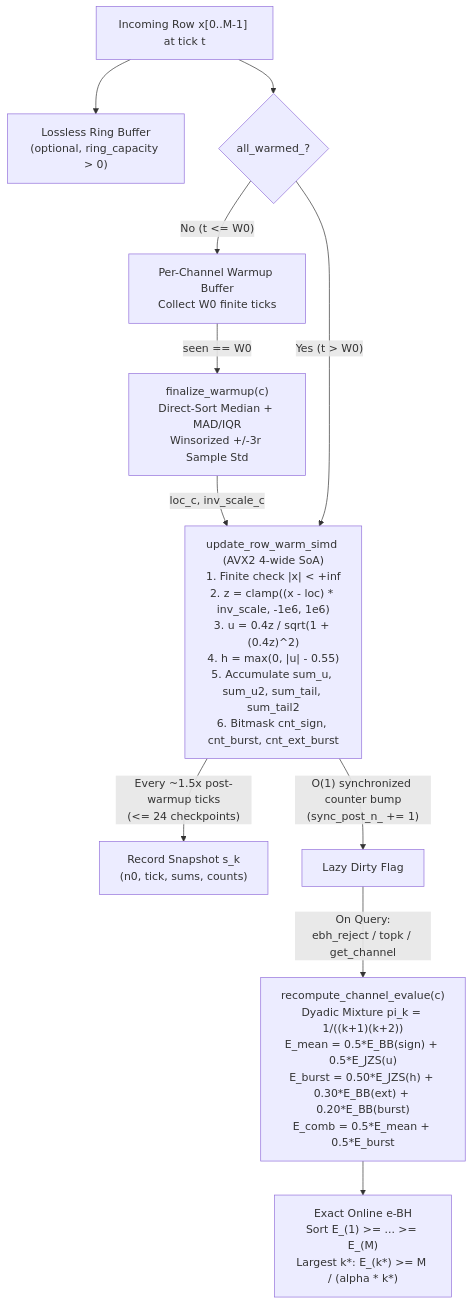
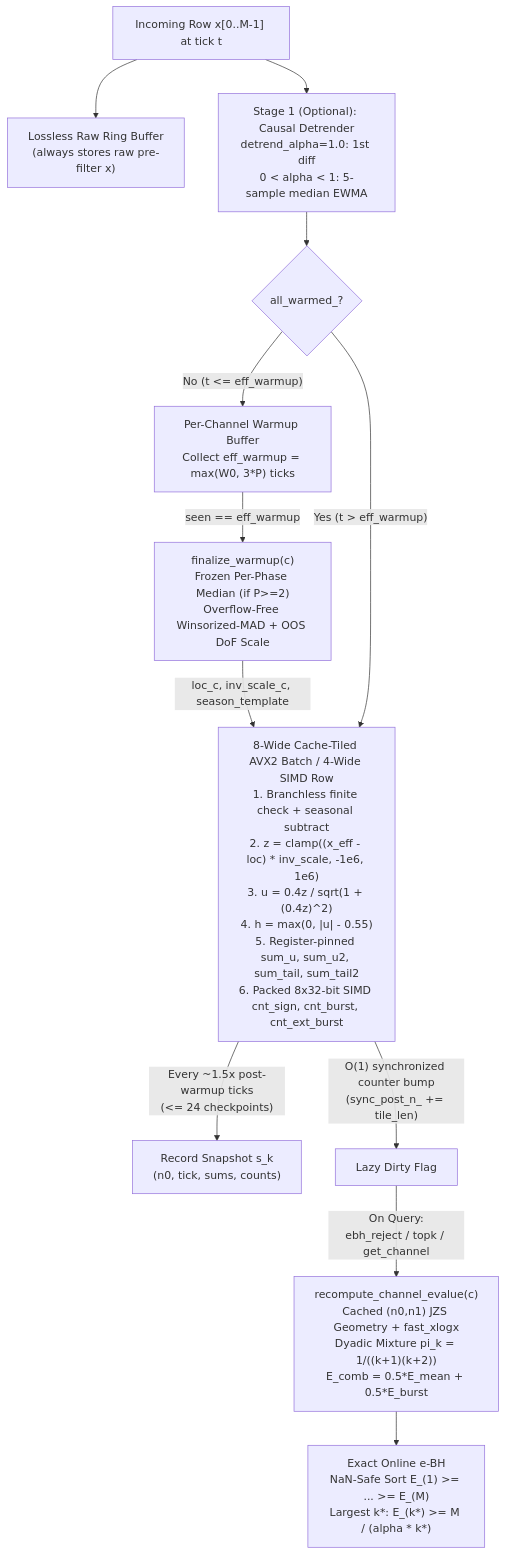
The second of 5 diagrams in docs/architecture.md (pgg898200-ship-it/streamsieve), drawn with Mermaid before and after one commit. The commit also changed other lines of this file and 38 other files, not shown here.

Commit message:
Release v0.2.0: 8-wide cache-tiled AVX2, causal deseasonalizing/detrending, JSONL CLI, SklearnSieveDetector & Windows wheels

````diff
--- a/docs/architecture.md
+++ b/docs/architecture.md
@@ -70,13 +70,14 @@
 ```mermaid
 flowchart TD
-    IN["Incoming Row x[0..M-1] at tick t"] --> RING["Lossless Ring Buffer\n(optional, ring_capacity > 0)"]
-    IN --> CHECK{"all_warmed_?"}
-    CHECK -- "No (t <= W0)" --> WBUF["Per-Channel Warmup Buffer\nCollect W0 finite ticks"]
-    WBUF -->|"seen == W0"| FIN["finalize_warmup(c)\nDirect-Sort Median + MAD/IQR\nWinsorized +/-3r Sample Std"]
-    FIN -->|"loc_c, inv_scale_c"| HOT
-    CHECK -- "Yes (t > W0)" --> HOT["update_row_warm_simd (AVX2 4-wide SoA)\n1. Finite check |x| < +inf\n2. z = clamp((x - loc) * inv_scale, -1e6, 1e6)\n3. u = 0.4z / sqrt(1 + (0.4z)^2)\n4. h = max(0, |u| - 0.55)\n5. Accumulate sum_u, sum_u2, sum_tail, sum_tail2\n6. Bitmask cnt_sign, cnt_burst, cnt_ext_burst"]
+    IN["Incoming Row x[0..M-1] at tick t"] --> RING["Lossless Raw Ring Buffer\n(always stores raw pre-filter x)"]
+    IN --> DET["Stage 1 (Optional): Causal Detrender\ndetrend_alpha=1.0: 1st diff\n0 < alpha < 1: 5-sample median EWMA"]
+    DET --> CHECK{"all_warmed_?"}
+    CHECK -- "No (t <= eff_warmup)" --> WBUF["Per-Channel Warmup Buffer\nCollect eff_warmup = max(W0, 3*P) ticks"]
+    WBUF -->|"seen == eff_warmup"| FIN["finalize_warmup(c)\nFrozen Per-Phase Median (if P>=2)\nOverflow-Free Winsorized-MAD + OOS DoF Scale"]
+    FIN -->|"loc_c, inv_scale_c, season_template"| HOT
+    CHECK -- "Yes (t > eff_warmup)" --> HOT["8-Wide Cache-Tiled AVX2 Batch / 4-Wide SIMD Row\n1. Branchless finite check + seasonal subtract\n2. z = clamp((x_eff - loc) * inv_scale, -1e6, 1e6)\n3. u = 0.4z / sqrt(1 + (0.4z)^2)\n4. h = max(0, |u| - 0.55)\n5. Register-pinned sum_u, sum_u2, sum_tail, sum_tail2\n6. Packed 8x32-bit SIMD cnt_sign, cnt_burst, cnt_ext_burst"]
     HOT -->|"Every ~1.5x post-warmup ticks\n(<= 24 checkpoints)"| SNAP["Record Snapshot s_k\n(n0, tick, sums, counts)"]
-    HOT -->|"O(1) synchronized counter bump\n(sync_post_n_ += 1)"| LAZY["Lazy Dirty Flag"]
-    LAZY -->|"On Query:\nebh_reject / topk / get_channel"| RECOMP["recompute_channel_evalue(c)\nDyadic Mixture pi_k = 1/((k+1)(k+2))\nE_mean = 0.5*E_BB(sign) + 0.5*E_JZS(u)\nE_burst = 0.50*E_JZS(h) + 0.30*E_BB(ext) + 0.20*E_BB(burst)\nE_comb = 0.5*E_mean + 0.5*E_burst"]
-    RECOMP --> EBH["Exact Online e-BH\nSort E_(1) >= ... >= E_(M)\nLargest k*: E_(k*) >= M / (alpha * k*)"]
+    HOT -->|"O(1) synchronized counter bump\n(sync_post_n_ += tile_len)"| LAZY["Lazy Dirty Flag"]
+    LAZY -->|"On Query:\nebh_reject / topk / get_channel"| RECOMP["recompute_channel_evalue(c)\nCached (n0,n1) JZS Geometry + fast_xlogx\nDyadic Mixture pi_k = 1/((k+1)(k+2))\nE_comb = 0.5*E_mean + 0.5*E_burst"]
+    RECOMP --> EBH["Exact Online e-BH\nNaN-Safe Sort E_(1) >= ... >= E_(M)\nLargest k*: E_(k*) >= M / (alpha * k*)"]
 ```
````
